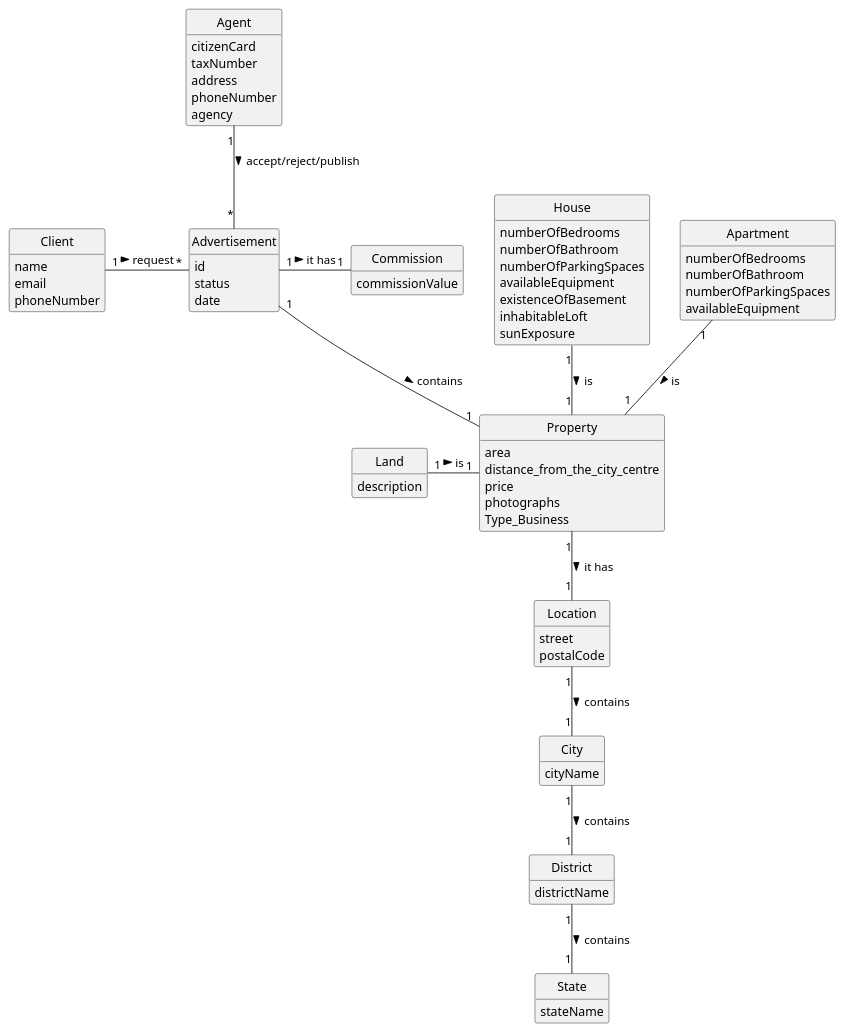
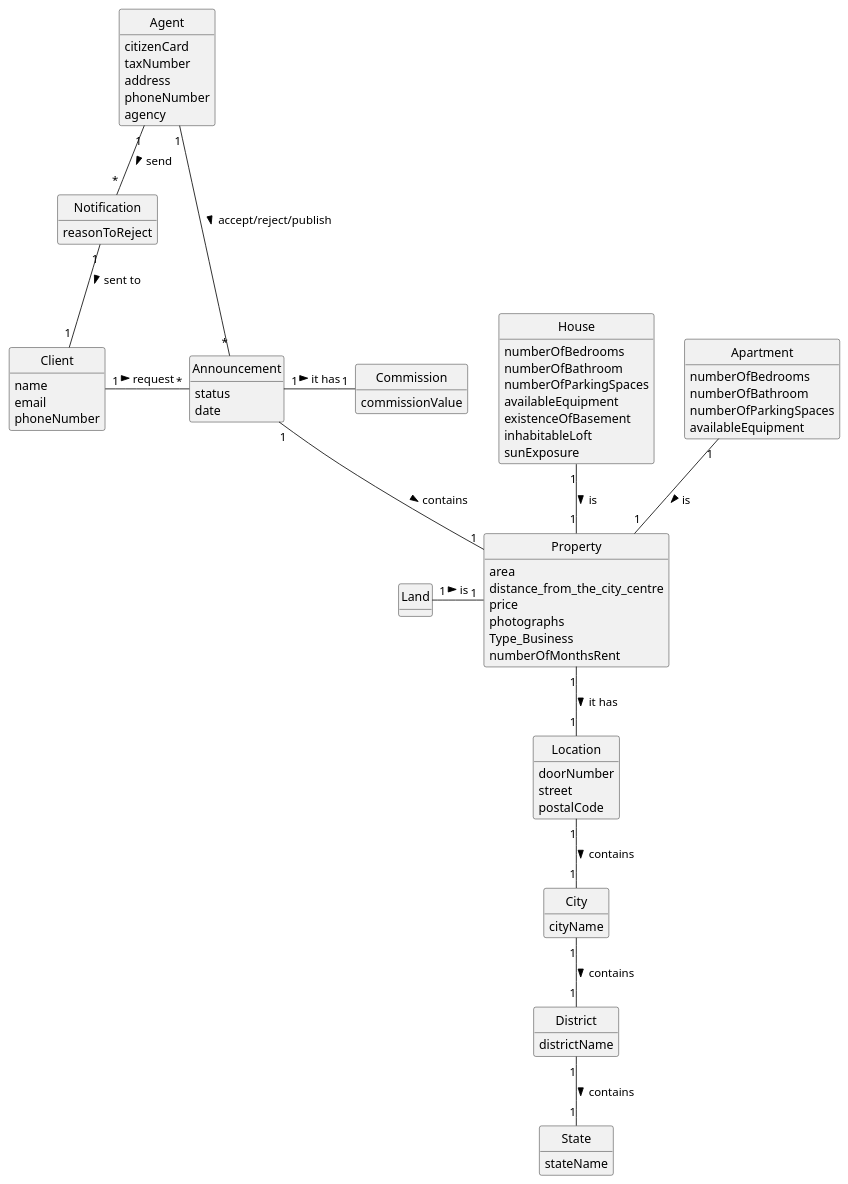
The diagram in docs/sprintD/US008/02.analysis/puml/DM_US8.puml (tiagohcorreia/LAPR2), drawn with PlantUML before and after one commit. The commit also changed 25 other files, not shown here.

```diff
--- a/docs/sprintD/US008/02.analysis/puml/DM_US8.puml
+++ b/docs/sprintD/US008/02.analysis/puml/DM_US8.puml
@@ -1,104 +1,111 @@
 @startuml
 skinparam monochrome true
 skinparam packageStyle rectangle
 skinparam shadowing false
 
 'left to right direction
 
 skinparam classAttributeIconSize 0
 
 hide circle
 hide methods
 
 class Agent {
     citizenCard
     taxNumber
     address
     phoneNumber
     agency
 }
 
 
 
-class Advertisement {
-    id
+class Announcement {
     status
     date
 }
 class Client {
     name
     email
     phoneNumber
+
 }
 
 
 class House {
      numberOfBedrooms
      numberOfBathroom
      numberOfParkingSpaces
      availableEquipment
      existenceOfBasement
      inhabitableLoft
      sunExposure
 }
 
 class Apartment {
      numberOfBedrooms
      numberOfBathroom
      numberOfParkingSpaces
      availableEquipment
 
 }
 class Land {
-     description
+
 }
 
 class Commission {
     commissionValue
 }
 
 class Property {
-
      area
      distance_from_the_city_centre
      price
      photographs
      Type_Business
+     numberOfMonthsRent
 
 }
 
 class Location{
+     doorNumber
      street
      postalCode
 }
 class City{
     cityName
 }
 
 class District{
     districtName
 }
 class State{
     stateName
 }
 
+class Notification{
+    reasonToReject
+}
 
 
 
-Advertisement "1" -- "1" Property: contains >
-Agent "1" -- "*" Advertisement: accept/reject/publish >
-Client "1" - "*" Advertisement: request >
+
+Announcement "1" -- "1" Property: contains >
+Agent "1" -- "*" Announcement: accept/reject/publish >
+Client "1" - "*" Announcement: request >
 House "1" --"1" Property: is >
 Apartment"1" -- "1" Property: is >
 Land"1" - "1" Property: is >
-Advertisement"1" - "1" Commission: it has >
+Announcement"1" - "1" Commission: it has >
 Property "1" -- "1" Location: it has >
 Location "1" -- "1" City: contains >
 City "1" -- "1" District: contains >
 District "1" -- "1" State: contains >
+Notification "1" -- "1" Client: sent to >
+Agent "1" -- "*" Notification : send >
 
 
 
 
 
 @enduml
```
